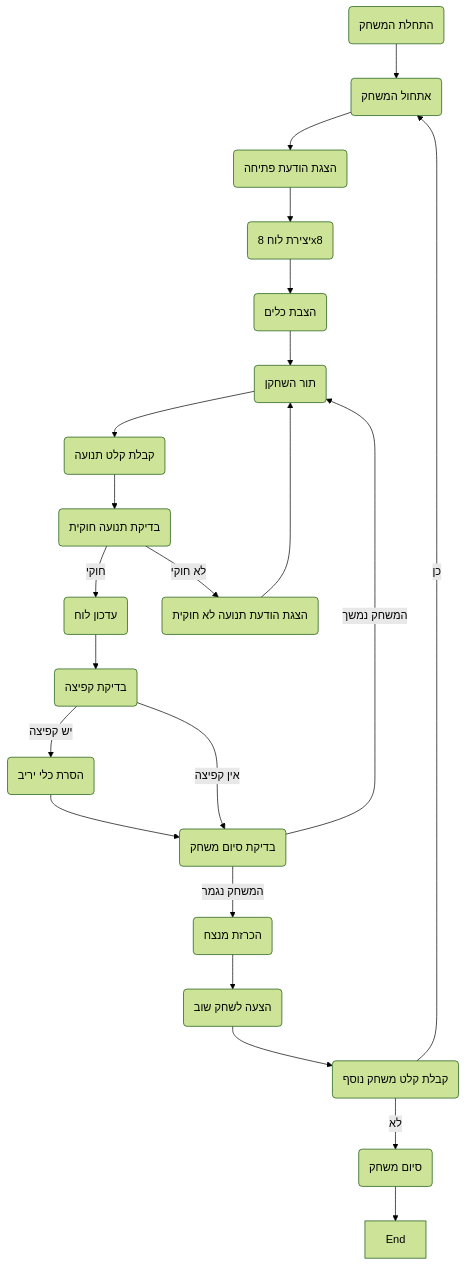
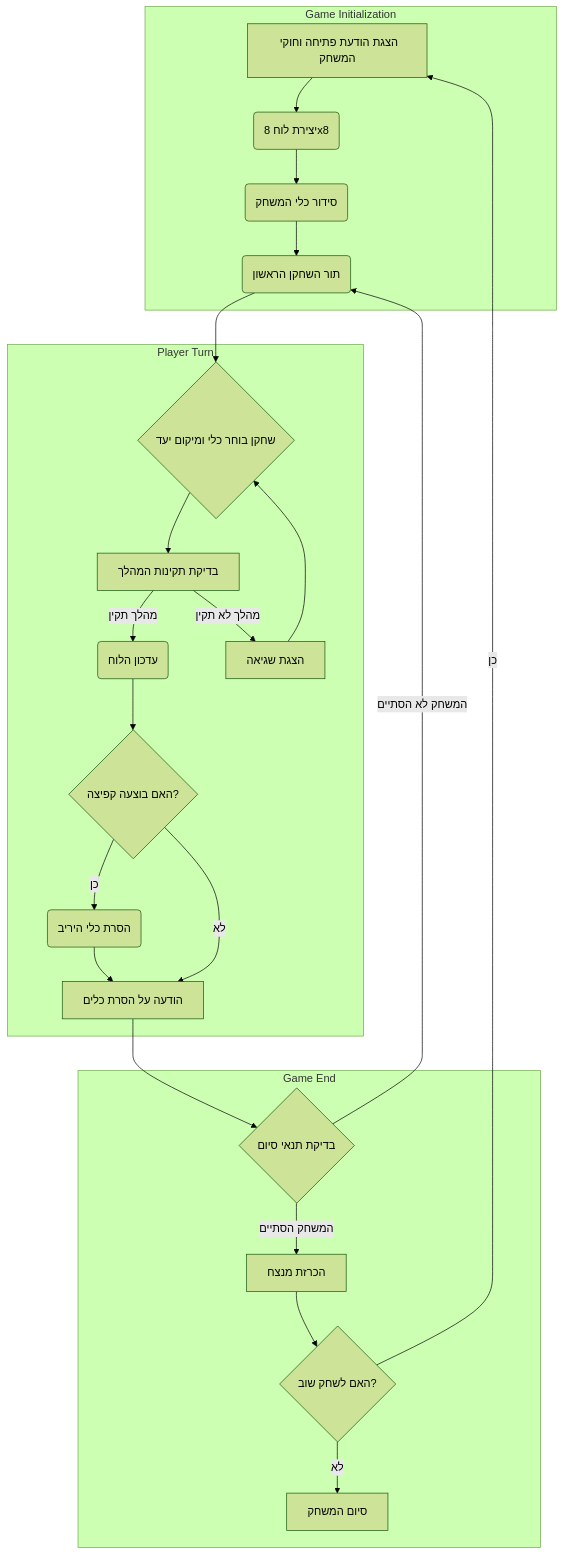
The diagram in docs/gemini/he/explainer/src/endpoints/ai_games/101_basic_computer_games/ru/rules/67_icheck.ru.md.md (hypo69/hypo), drawn with Mermaid (forest theme) before and after one commit. The commit also changed other lines of this file and 885 other files, not shown here.

````diff
--- a/docs/gemini/he/explainer/src/endpoints/ai_games/101_basic_computer_games/ru/rules/67_icheck.ru.md.md
+++ b/docs/gemini/he/explainer/src/endpoints/ai_games/101_basic_computer_games/ru/rules/67_icheck.ru.md.md
@@ -45,24 +37,29 @@
 ```mermaid
 flowchart TD
-    Start(התחלת המשחק) --> InitializeGame(אתחול המשחק);
-    InitializeGame --> DisplayWelcome(הצגת הודעת פתיחה);
-    DisplayWelcome --> CreateBoard(יצירת לוח 8x8);
-    CreateBoard --> PlacePieces(הצבת כלים);
-    PlacePieces --> PlayerTurn(תור השחקן);
-    PlayerTurn --> GetMoveInput(קבלת קלט תנועה);
-    GetMoveInput --> ValidateMove(בדיקת תנועה חוקית);
-    ValidateMove -- חוקי --> UpdateBoard(עדכון לוח);
-    ValidateMove -- לא חוקי --> DisplayInvalidMove(הצגת הודעת תנועה לא חוקית);
-    DisplayInvalidMove --> PlayerTurn;
-    UpdateBoard --> CheckForJump(בדיקת קפיצה);
-    CheckForJump -- יש קפיצה --> RemoveOpponentPiece(הסרת כלי יריב);
-    RemoveOpponentPiece --> CheckGameEnd(בדיקת סיום משחק);
-    CheckForJump -- אין קפיצה --> CheckGameEnd;
-    CheckGameEnd -- המשחק נמשך --> PlayerTurn;
-    CheckGameEnd -- המשחק נגמר --> DeclareWinner(הכרזת מנצח);
-    DeclareWinner --> PlayAgain(הצעה לשחק שוב);
-    PlayAgain --> GetPlayAgainInput(קבלת קלט משחק נוסף);
-    GetPlayAgainInput -- כן --> InitializeGame;
-    GetPlayAgainInput -- לא --> EndGame(סיום משחק);
-    EndGame --> End
+    subgraph Game Initialization
+        A[הצגת הודעת פתיחה וחוקי המשחק] --> B(יצירת לוח 8x8)
+        B --> C(סידור כלי המשחק)
+        C --> D(תור השחקן הראשון)
+    end
+    
+    subgraph Player Turn
+        D --> E{שחקן בוחר כלי ומיקום יעד}
+        E --> F[בדיקת תקינות המהלך]
+        F -- מהלך תקין --> G(עדכון הלוח)
+        G --> H{האם בוצעה קפיצה?}
+        H -- כן --> I(הסרת כלי היריב)
+        I --> J[הודעה על הסרת כלים]
+        H -- לא --> J
+        F -- מהלך לא תקין --> K[הצגת שגיאה]
+        K --> E
+    end
+        
+    subgraph Game End
+        J --> L{בדיקת תנאי סיום}
+        L -- המשחק לא הסתיים --> D
+        L -- המשחק הסתיים --> M[הכרזת מנצח]
+        M --> N{האם לשחק שוב?}
+        N -- כן --> A
+        N -- לא --> O[סיום המשחק]
+    end
 ```
````
